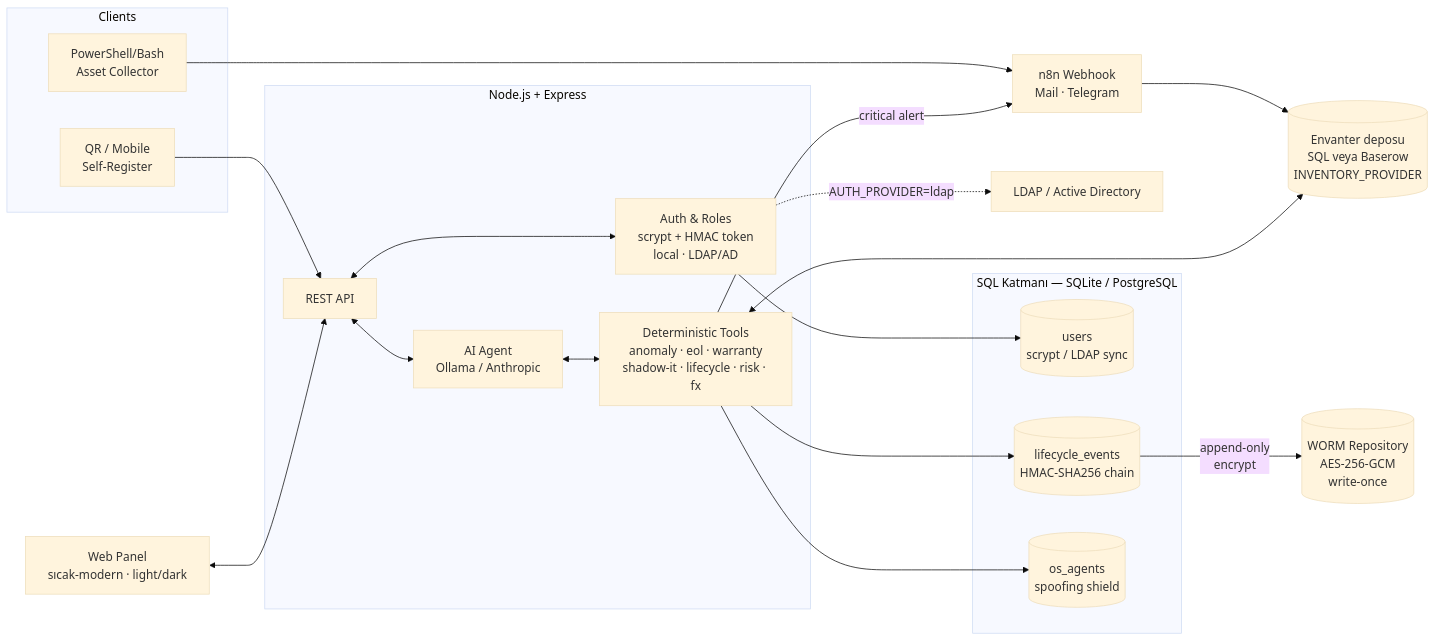
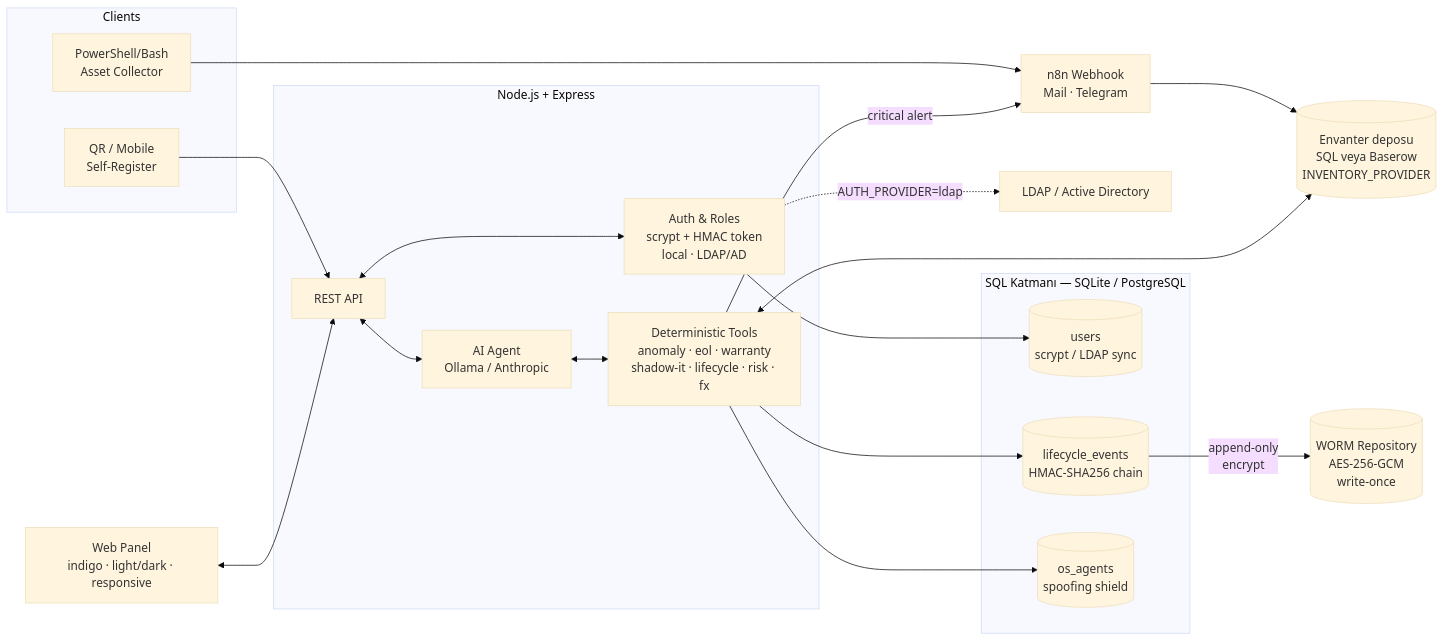
One commit to alpercevizz/asset-management changed the diagram in README.md. Above: the diagram before and after it, drawn with Mermaid (base theme). The commit also changed other lines of this file and 8 other files, not shown here.

````diff
--- a/README.md
+++ b/README.md
@@ -90,40 +92,40 @@
 ```mermaid
 flowchart LR
     subgraph Clients
       PS[PowerShell/Bash<br/>Asset Collector]
       QR[QR / Mobile<br/>Self-Register]
     end
 
     subgraph Server[Node.js + Express]
       API[REST API]
       AI[AI Agent<br/>Ollama / Anthropic]
       DET[Deterministic Tools<br/>anomaly · eol · warranty<br/>shadow-it · lifecycle · risk · fx]
       AUTH[Auth & Roles<br/>scrypt + HMAC token<br/>local · LDAP/AD]
     end
 
     subgraph SQL[SQL Katmanı — SQLite / PostgreSQL]
       USERS[(users<br/>scrypt / LDAP sync)]
       LOG[(lifecycle_events<br/>HMAC-SHA256 chain)]
       AGENT[(os_agents<br/>spoofing shield)]
     end
 
     WORM[(WORM Repository<br/>AES-256-GCM<br/>write-once)]
     LDAP[LDAP / Active Directory]
     BR[(Envanter deposu<br/>SQL veya Baserow<br/>INVENTORY_PROVIDER)]
     N8N[n8n Webhook<br/>Mail · Telegram]
-    UI[Web Panel<br/>sıcak-modern · light/dark]
+    UI[Web Panel<br/>indigo · light/dark · responsive]
 
     PS --> N8N --> BR
     QR --> API
     UI <--> API
     API <--> AI
     AI <--> DET
     DET <--> BR
     DET --> LOG
     LOG -->|append-only<br/>encrypt| WORM
     API <--> AUTH
     AUTH --> USERS
     AUTH -.->|AUTH_PROVIDER=ldap| LDAP
     DET --> AGENT
     DET -->|critical alert| N8N
 ```
````
